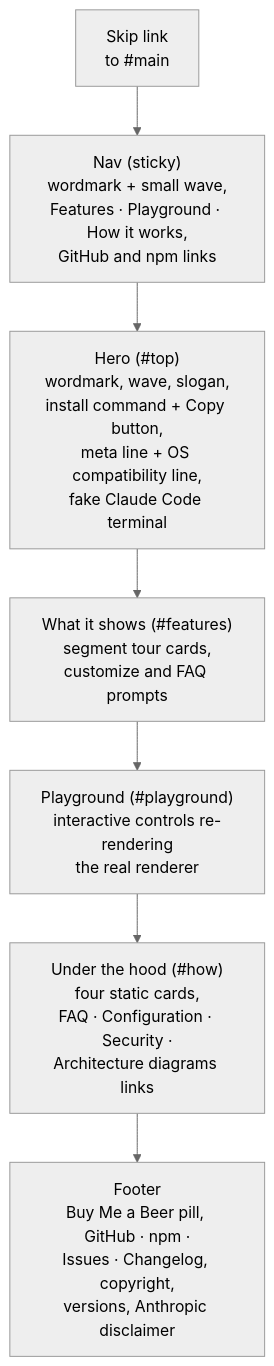
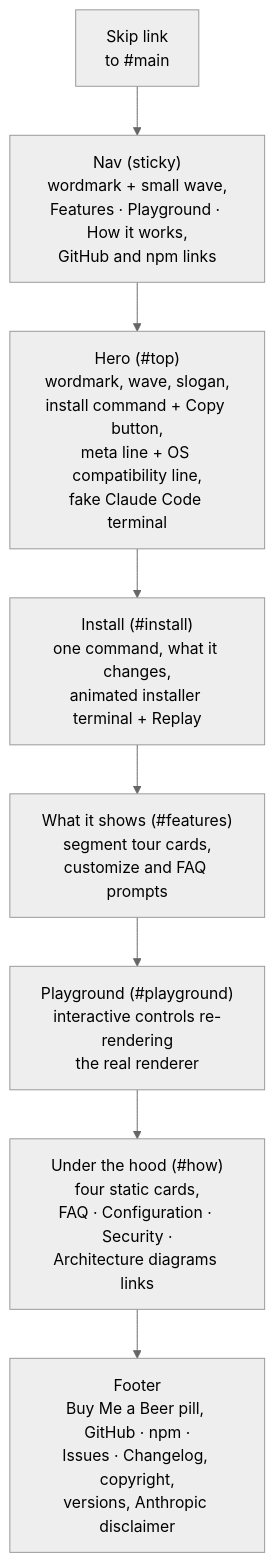
The first of 2 diagrams in diagrams/page-structure.md (carterptull/ampline-website), drawn with Mermaid (neutral theme) before and after one commit. The commit also changed other lines of this file and 10 other files, not shown here.

Commit message:
feat: install demo section with the real installer output

````diff
--- a/diagrams/page-structure.md
+++ b/diagrams/page-structure.md
@@ -9,10 +9,11 @@
 ```mermaid
 flowchart TB
     skip["Skip link<br/>to #main"] --> nav["Nav (sticky)<br/>wordmark + small wave,<br/>Features · Playground · How it works,<br/>GitHub and npm links"]
     nav --> hero["Hero (#top)<br/>wordmark, wave, slogan,<br/>install command + Copy button,<br/>meta line + OS compatibility line,<br/>fake Claude Code terminal"]
-    hero --> features["What it shows (#features)<br/>segment tour cards,<br/>customize and FAQ prompts"]
+    hero --> install["Install (#install)<br/>one command, what it changes,<br/>animated installer terminal + Replay"]
+    install --> features["What it shows (#features)<br/>segment tour cards,<br/>customize and FAQ prompts"]
     features --> play["Playground (#playground)<br/>interactive controls re-rendering<br/>the real renderer"]
     play --> how["Under the hood (#how)<br/>four static cards,<br/>FAQ · Configuration · Security ·<br/>Architecture diagrams links"]
     how --> footer["Footer<br/>Buy Me a Beer pill, GitHub · npm ·<br/>Issues · Changelog, copyright,<br/>versions, Anthropic disclaimer"]
 
 ```
````
